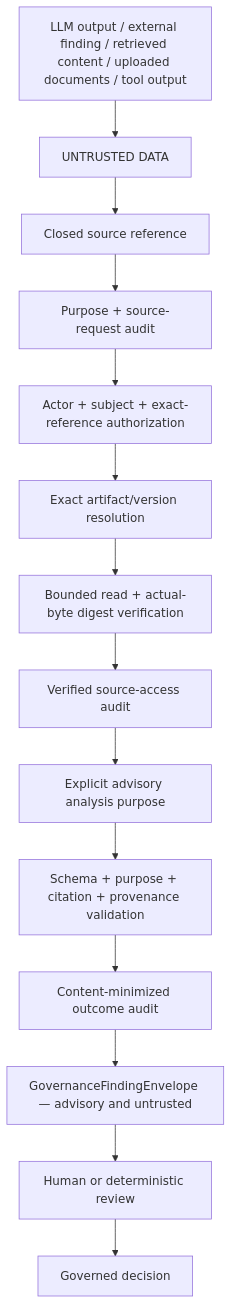
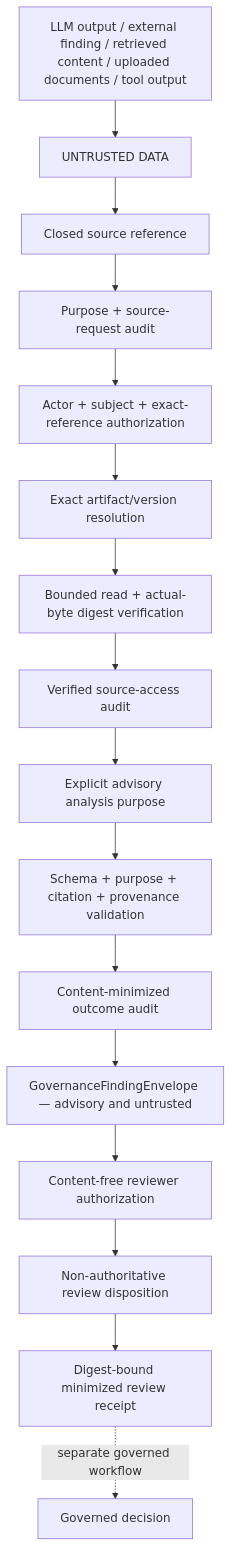
One commit to brunovicco/verifiable-ai-governance changed the second of 2 diagrams in docs/architecture/TRUST_BOUNDARIES.md. Above: the diagram before and after it, drawn with Mermaid. The commit also changed other lines of this file and 14 other files, not shown here.

````diff
--- a/docs/architecture/TRUST_BOUNDARIES.md
+++ b/docs/architecture/TRUST_BOUNDARIES.md
@@ -116,17 +116,19 @@
 ```mermaid
 flowchart TD
   INPUT["LLM output / external finding / retrieved content / uploaded documents / tool output"]
   INPUT --> UNTRUSTED["UNTRUSTED DATA"]
   UNTRUSTED --> REFERENCE["Closed source reference"]
   REFERENCE --> REQUEST_AUDIT["Purpose + source-request audit"]
   REQUEST_AUDIT --> AUTHORIZE["Actor + subject + exact-reference authorization"]
   AUTHORIZE --> RESOLVE["Exact artifact/version resolution"]
   RESOLVE --> VERIFY["Bounded read + actual-byte digest verification"]
   VERIFY --> ACCESS_AUDIT["Verified source-access audit"]
   ACCESS_AUDIT --> ANALYZE["Explicit advisory analysis purpose"]
   ANALYZE --> VALIDATE["Schema + purpose + citation + provenance validation"]
   VALIDATE --> OUTCOME_AUDIT["Content-minimized outcome audit"]
   OUTCOME_AUDIT --> CANDIDATE["GovernanceFindingEnvelope — advisory and untrusted"]
-  CANDIDATE --> REVIEW["Human or deterministic review"]
-  REVIEW --> DECISION["Governed decision"]
+  CANDIDATE --> REVIEW_AUTH["Content-free reviewer authorization"]
+  REVIEW_AUTH --> REVIEW["Non-authoritative review disposition"]
+  REVIEW --> REVIEW_AUDIT["Digest-bound minimized review receipt"]
+  REVIEW_AUDIT -. separate governed workflow .-> DECISION["Governed decision"]
 ```
````
